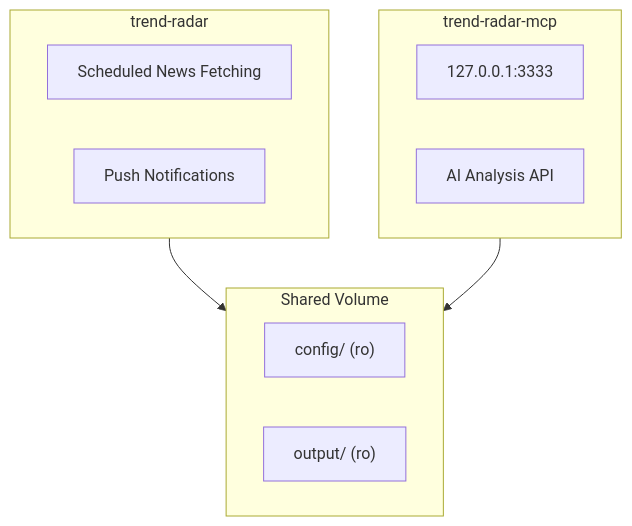
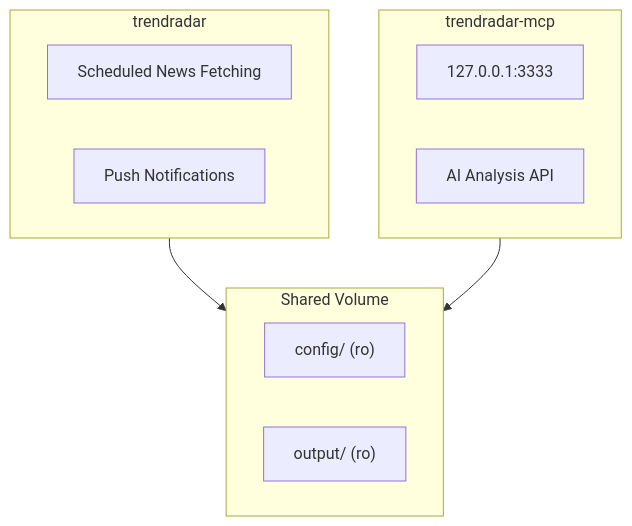
Before and after one commit to 13LSR/TrendRadar: the first of 2 diagrams in README-EN.md, drawn with Mermaid. The commit also changed other lines of this file and 376 other files, not shown here.

````diff
--- a/README-EN.md
+++ b/README-EN.md
@@ -2409,20 +2448,20 @@
 ```mermaid
 flowchart TB
-    subgraph trend-radar["trend-radar"]
+    subgraph trendradar["trendradar"]
         A1[Scheduled News Fetching]
         A2[Push Notifications]
     end
     
-    subgraph trend-radar-mcp["trend-radar-mcp"]
+    subgraph trendradar-mcp["trendradar-mcp"]
         B1[127.0.0.1:3333]
         B2[AI Analysis API]
     end
     
     subgraph shared["Shared Volume"]
         C1["config/ (ro)"]
         C2["output/ (ro)"]
     end
     
-    trend-radar --> shared
-    trend-radar-mcp --> shared
+    trendradar --> shared
+    trendradar-mcp --> shared
 ```
````
